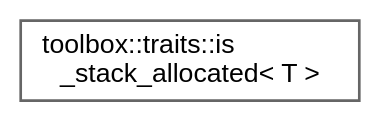
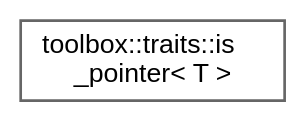
Before and after one commit to nerdneilsfield/cpp-toolbox: the diagram in inherit_graph_49.dot, drawn with Graphviz. The commit also changed 348 other files, not shown here.

```diff
--- a/inherit_graph_49.dot
+++ b/inherit_graph_49.dot
@@ -1,9 +1,9 @@
 digraph "Graphical Class Hierarchy"
 {
  // LATEX_PDF_SIZE
   bgcolor="transparent";
   edge [fontname=Helvetica,fontsize=10,labelfontname=Helvetica,labelfontsize=10];
   node [fontname=Helvetica,fontsize=10,shape=box,height=0.2,width=0.4];
   rankdir="LR";
-  Node0 [id="Node000000",label="toolbox::traits::is\l_stack_allocated\< T \>",height=0.2,width=0.4,color="grey40", fillcolor="white", style="filled",URL="$structtoolbox_1_1traits_1_1is__stack__allocated.html",tooltip="检查类型是否可以栈分配/Check if type can be stack allocated"];
+  Node0 [id="Node000000",label="toolbox::traits::is\l_pointer\< T \>",height=0.2,width=0.4,color="grey40", fillcolor="white", style="filled",URL="$structtoolbox_1_1traits_1_1is__pointer.html",tooltip="检查类型是否为指针/Check if type is a pointer"];
 }
```
